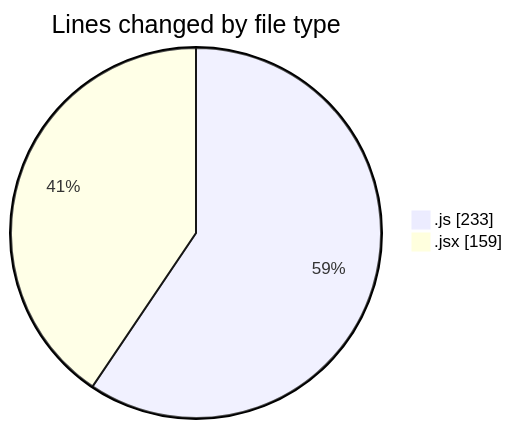
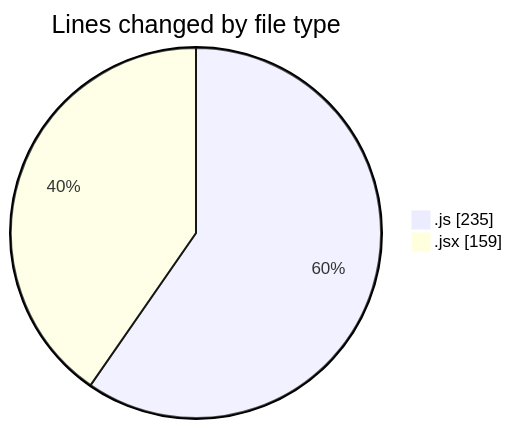
One commit to Ritupan-Deka/code-tracking changed the first of 2 diagrams in 2025-07-01/urlwebwalatask/README.md. Above: the diagram before and after it, drawn with Mermaid. The commit also changed other lines of this file and 1 other file, not shown here.

````diff
--- a/2025-07-01/urlwebwalatask/README.md
+++ b/2025-07-01/urlwebwalatask/README.md
@@ -24,6 +24,6 @@
 ```mermaid
 pie showData
 title Lines changed by file type
-".js" : 233
+".js" : 235
 ".jsx" : 159
 ```
````
